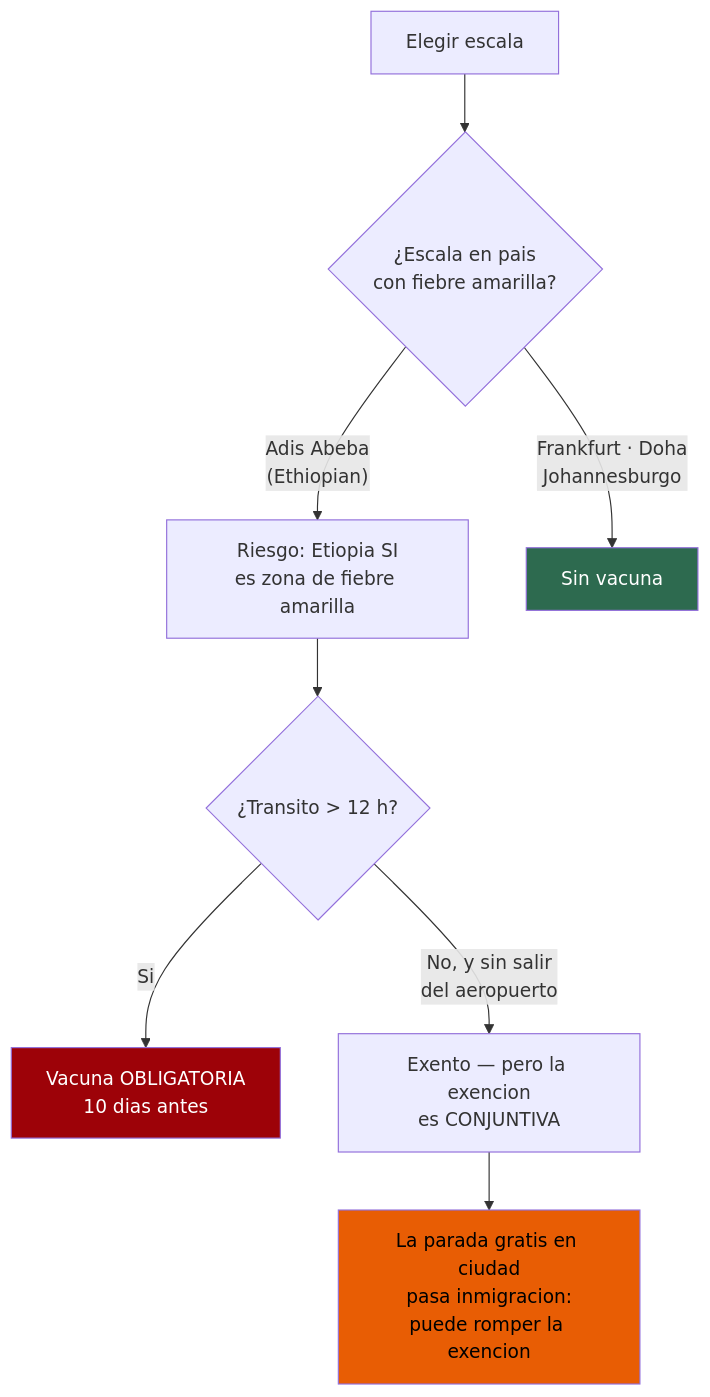
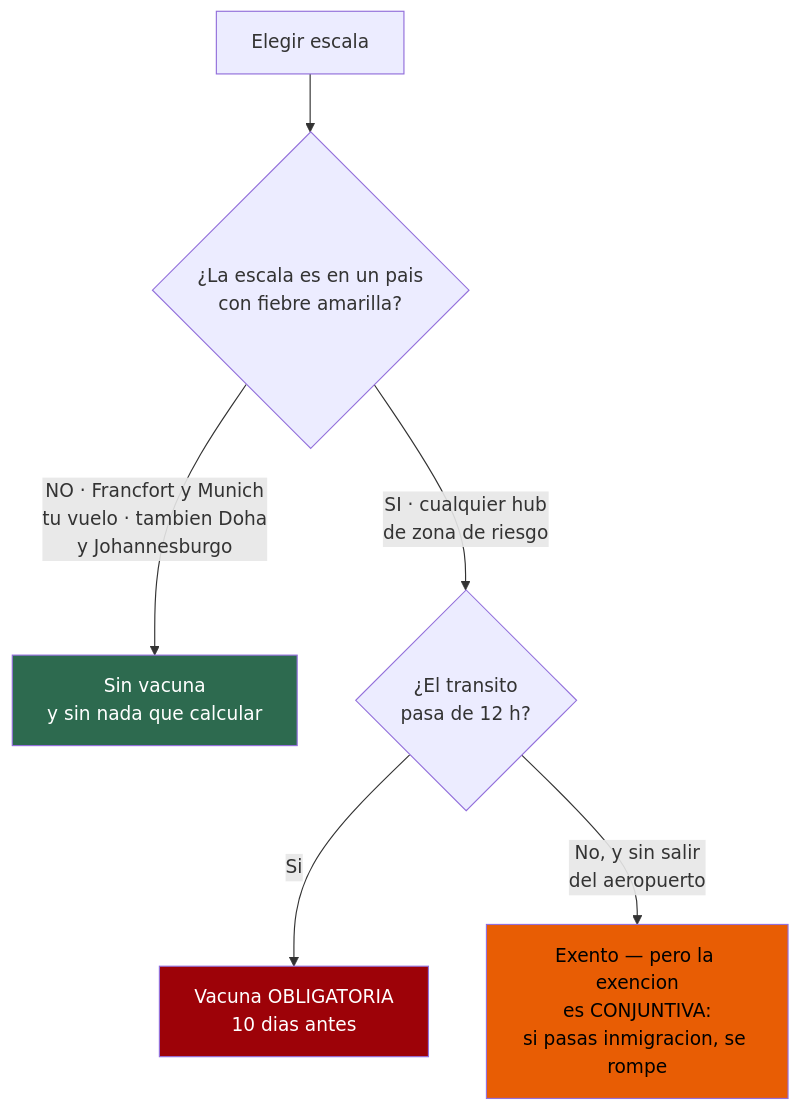
The fourth of 5 diagrams in 04-guia-preparacion.md (morandeirachema/namibia), drawn with Mermaid before and after one commit. The commit also changed other lines of this file and 26 other files, not shown here.

````diff
--- a/04-guia-preparacion.md
+++ b/04-guia-preparacion.md
@@ -212,13 +212,11 @@
 ```mermaid
 flowchart TD
-    A["Elegir escala"] --> B{"¿Escala en pais<br/>con fiebre amarilla?"}
-    B -->|"Adis Abeba<br/>(Ethiopian)"| C["Riesgo: Etiopia SI<br/>es zona de fiebre amarilla"]
-    B -->|"Frankfurt · Doha<br/>Johannesburgo"| D["Sin vacuna"]
-    C --> E{"¿Transito > 12 h?"}
+    A["Elegir escala"] --> B{"¿La escala es en un pais<br/>con fiebre amarilla?"}
+    B -->|"NO · Francfort y Munich<br/>tu vuelo · tambien Doha<br/>y Johannesburgo"| D["Sin vacuna<br/>y sin nada que calcular"]
+    B -->|"SI · cualquier hub<br/>de zona de riesgo"| E{"¿El transito<br/>pasa de 12 h?"}
     E -->|"Si"| F["Vacuna OBLIGATORIA<br/>10 dias antes"]
-    E -->|"No, y sin salir<br/>del aeropuerto"| G["Exento — pero la exencion<br/>es CONJUNTIVA"]
-    G --> H["La parada gratis en ciudad<br/>pasa inmigracion:<br/>puede romper la exencion"]
+    E -->|"No, y sin salir<br/>del aeropuerto"| G["Exento — pero la exencion<br/>es CONJUNTIVA:<br/>si pasas inmigracion, se rompe"]
     style D fill:#2d6a4f,color:#fff
     style F fill:#9d0208,color:#fff
-    style H fill:#e85d04,color:#000
+    style G fill:#e85d04,color:#000
 ```
````
